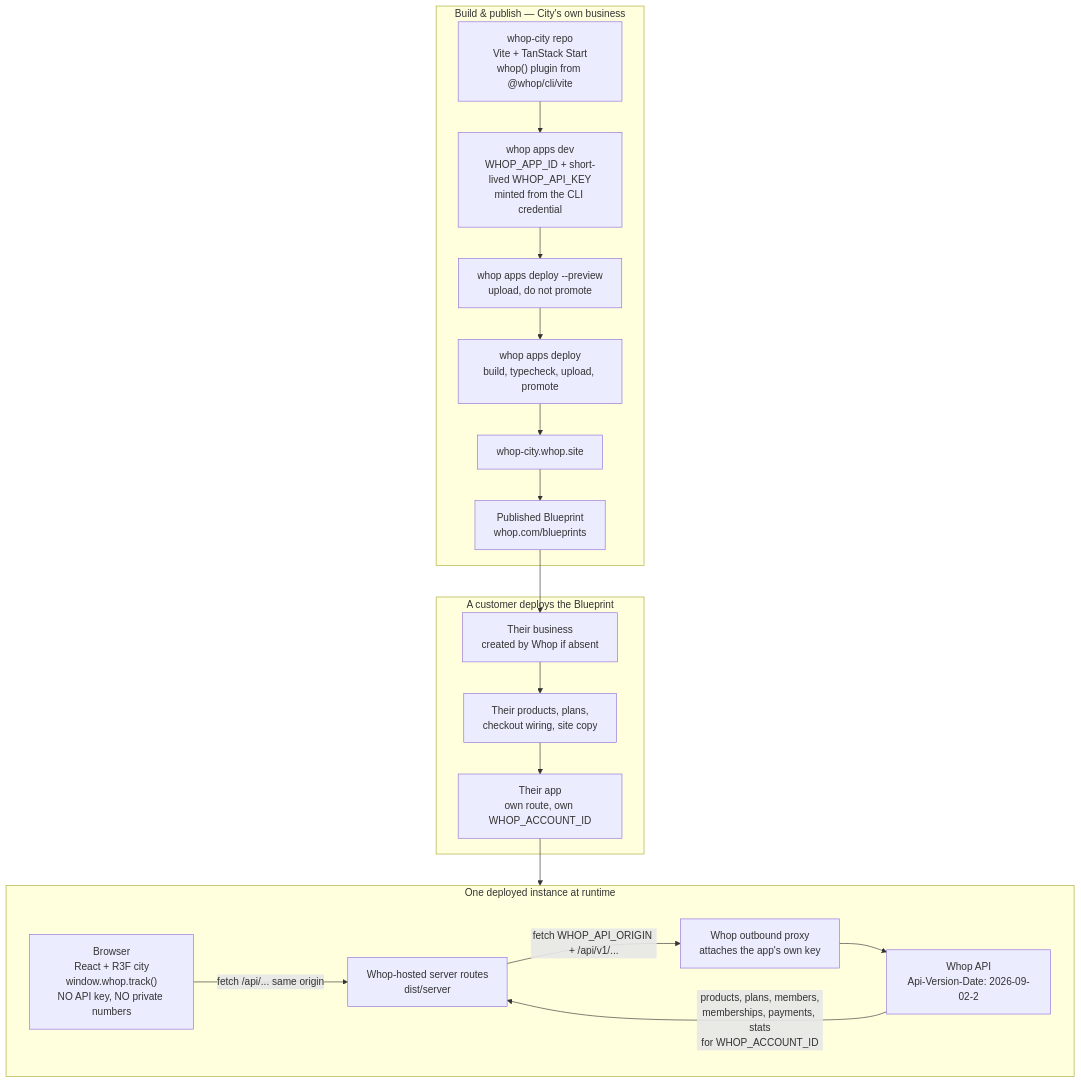
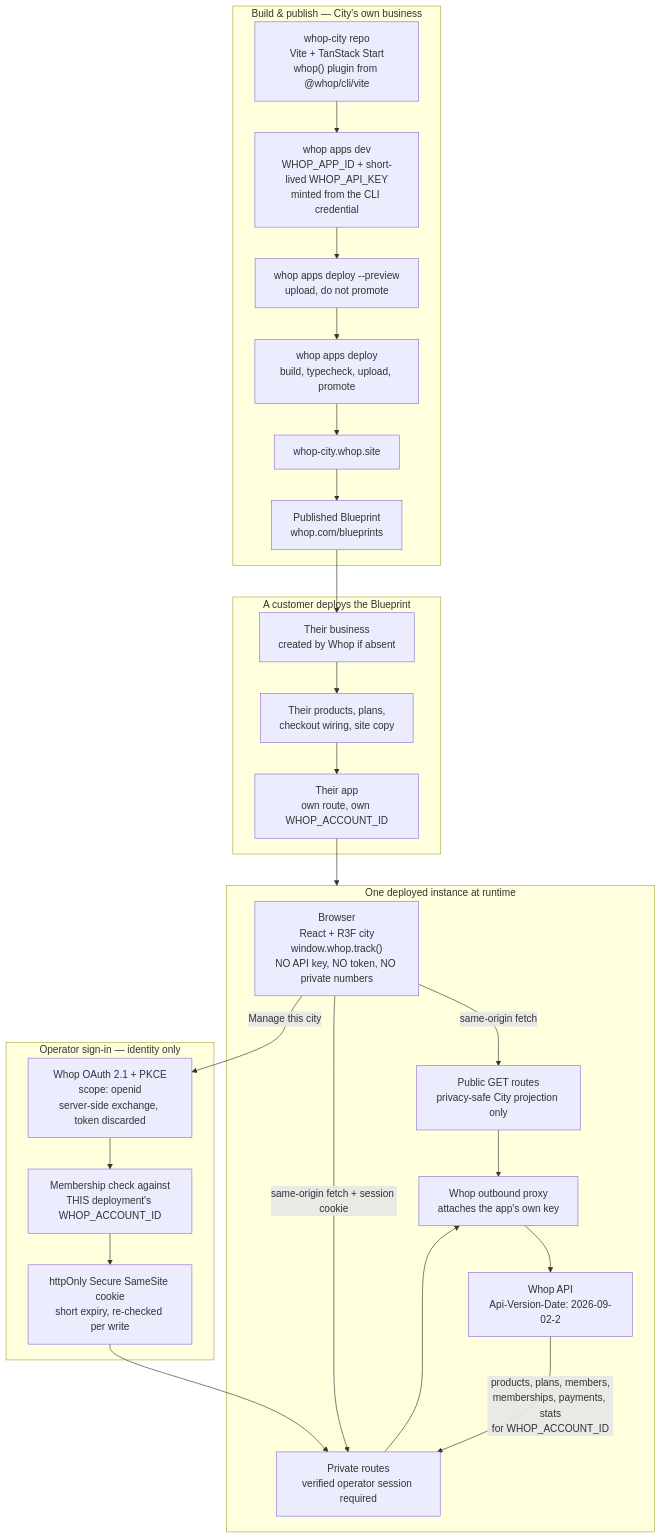
The diagram in docs/architecture-website-blueprint.md (siyabendoezdemir/whop-city), drawn with Mermaid before and after one commit. The commit also changed other lines of this file and 3 other files, not shown here.

First line of the commit message:
docs: adopt identity-only operator auth for the website access model

````diff
--- a/docs/architecture-website-blueprint.md
+++ b/docs/architecture-website-blueprint.md
@@ -32,32 +50,42 @@
 ```mermaid
 flowchart TB
     subgraph build["Build & publish — City's own business"]
         repo["whop-city repo<br/>Vite + TanStack Start<br/>whop() plugin from @whop/cli/vite"]
         dev["whop apps dev<br/>WHOP_APP_ID + short-lived WHOP_API_KEY<br/>minted from the CLI credential"]
         prev["whop apps deploy --preview<br/>upload, do not promote"]
         prod["whop apps deploy<br/>build, typecheck, upload, promote"]
         site["whop-city.whop.site"]
         bp["Published Blueprint<br/>whop.com/blueprints"]
         repo --> dev --> prev --> prod --> site --> bp
     end
 
     subgraph deployed["A customer deploys the Blueprint"]
         newbiz["Their business<br/>created by Whop if absent"]
         copy["Their products, plans,<br/>checkout wiring, site copy"]
         newapp["Their app<br/>own route, own WHOP_ACCOUNT_ID"]
         bp --> newbiz --> copy --> newapp
     end
 
     subgraph runtime["One deployed instance at runtime"]
-        browser["Browser<br/>React + R3F city<br/>window.whop.track()<br/>NO API key, NO private numbers"]
-        server["Whop-hosted server routes<br/>dist/server"]
+        browser["Browser<br/>React + R3F city<br/>window.whop.track()<br/>NO API key, NO token, NO private numbers"]
+        pub["Public GET routes<br/>privacy-safe City projection only"]
+        priv["Private routes<br/>verified operator session required"]
         proxy["Whop outbound proxy<br/>attaches the app's own key"]
         api["Whop API<br/>Api-Version-Date: 2026-09-02-2"]
-        browser -->|"fetch /api/... same origin"| server
-        server -->|"fetch WHOP_API_ORIGIN + /api/v1/..."| proxy
+        browser -->|"same-origin fetch"| pub
+        browser -->|"same-origin fetch + session cookie"| priv
+        pub --> proxy
+        priv --> proxy
         proxy --> api
     end
 
+    subgraph auth["Operator sign-in — identity only"]
+        oauth["Whop OAuth 2.1 + PKCE<br/>scope: openid<br/>server-side exchange, token discarded"]
+        check["Membership check against<br/>THIS deployment's WHOP_ACCOUNT_ID"]
+        cookie["httpOnly Secure SameSite cookie<br/>short expiry, re-checked per write"]
+        browser -->|"Manage this city"| oauth --> check --> cookie --> priv
+    end
+
     newapp --> runtime
-    api -->|"products, plans, members,<br/>memberships, payments, stats<br/>for WHOP_ACCOUNT_ID"| server
+    api -->|"products, plans, members,<br/>memberships, payments, stats<br/>for WHOP_ACCOUNT_ID"| priv
 ```
````
